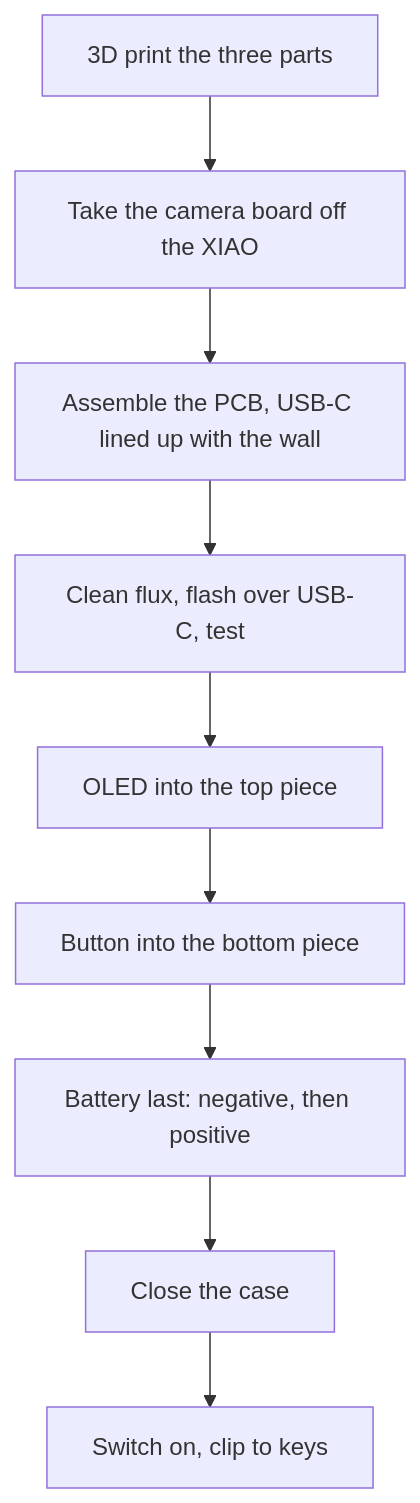
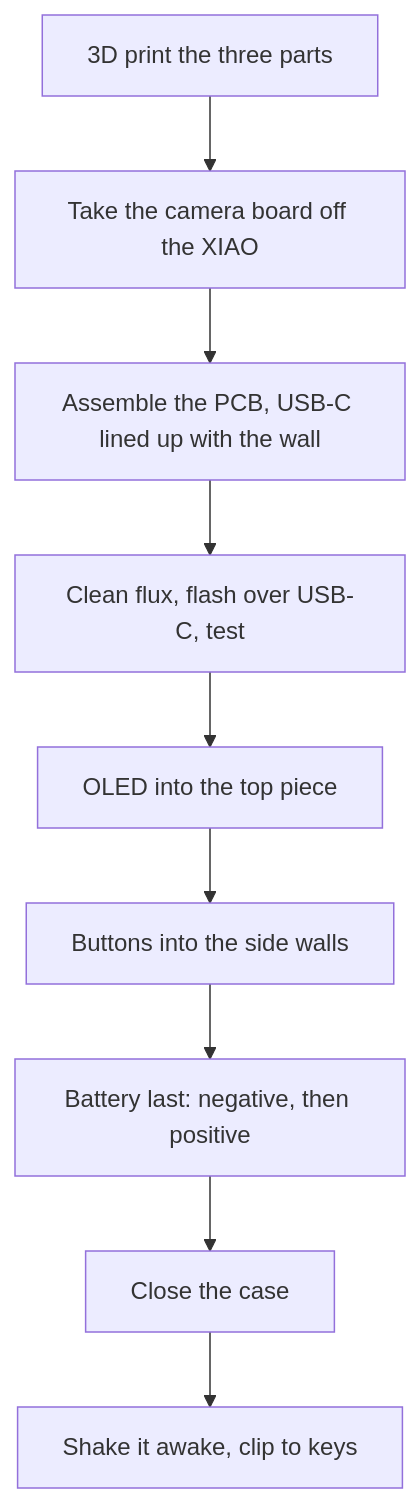
Before and after one commit to hronkrobotics/solareyes: the fourth of 5 diagrams in README.md, drawn with Mermaid. The commit also changed other lines of this file and 11 other files, not shown here.

First line of the commit message:
Case rev 2, two mood buttons, and shake to wake with no power switch

````diff
--- a/README.md
+++ b/README.md
@@ -215,11 +203,11 @@
 ```mermaid
 flowchart TD
     S1["3D print the three parts"] --> S2["Take the camera board off the XIAO"]
     S2 --> S3["Assemble the PCB, USB-C lined up with the wall"]
     S3 --> S4["Clean flux, flash over USB-C, test"]
     S4 --> S5["OLED into the top piece"]
-    S5 --> S6["Button into the bottom piece"]
+    S5 --> S6["Buttons into the side walls"]
     S6 --> S7["Battery last: negative, then positive"]
     S7 --> S8["Close the case"]
-    S8 --> S9["Switch on, clip to keys"]
+    S8 --> S9["Shake it awake, clip to keys"]
 ```
````
